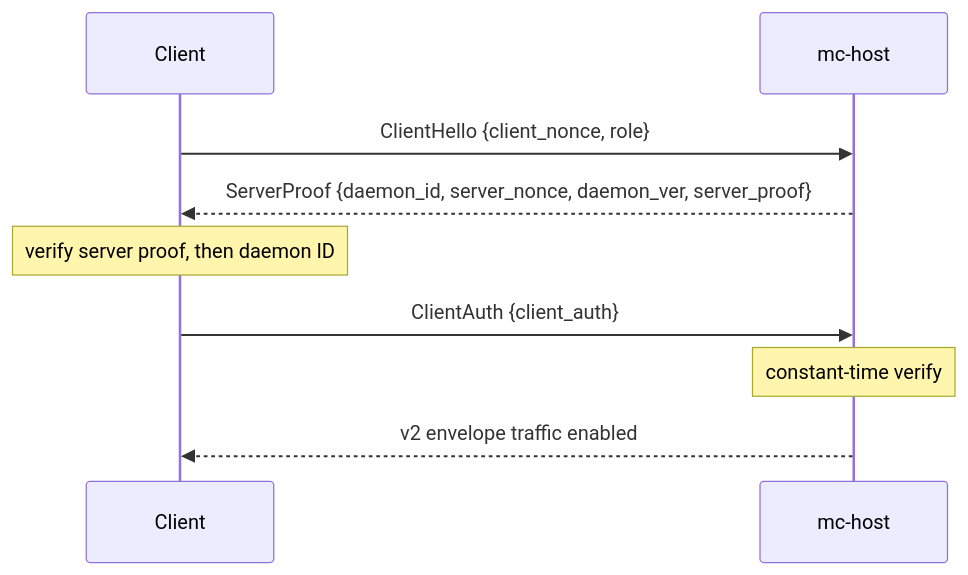
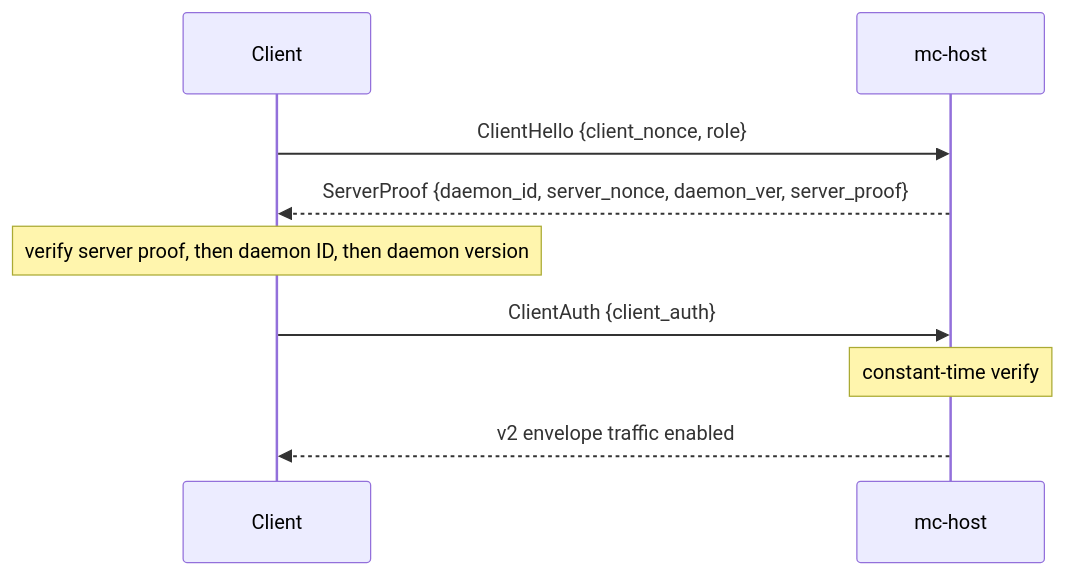
The second of 6 diagrams in docs/mc-host-wire-protocol.md (ahrav/magic-context), drawn with Mermaid before and after one commit. The commit also changed other lines of this file and 30 other files, not shown here.

````diff
--- a/docs/mc-host-wire-protocol.md
+++ b/docs/mc-host-wire-protocol.md
@@ -179,11 +179,11 @@
 ```mermaid
 sequenceDiagram
   participant C as Client
   participant H as mc-host
   C->>H: ClientHello {client_nonce, role}
   H-->>C: ServerProof {daemon_id, server_nonce, daemon_ver, server_proof}
-  Note over C: verify server proof, then daemon ID
+  Note over C: verify server proof, then daemon ID, then daemon version
   C->>H: ClientAuth {client_auth}
   Note over H: constant-time verify
   H-->>C: v2 envelope traffic enabled
 ```
````
